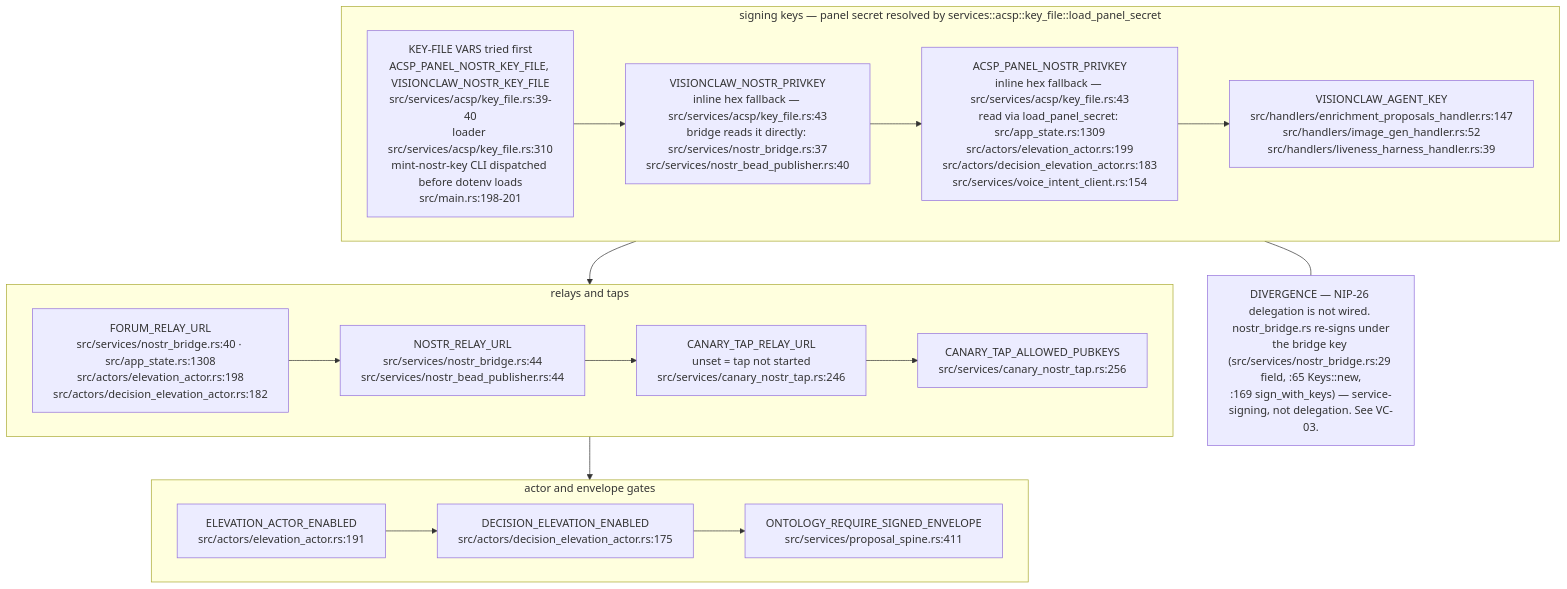
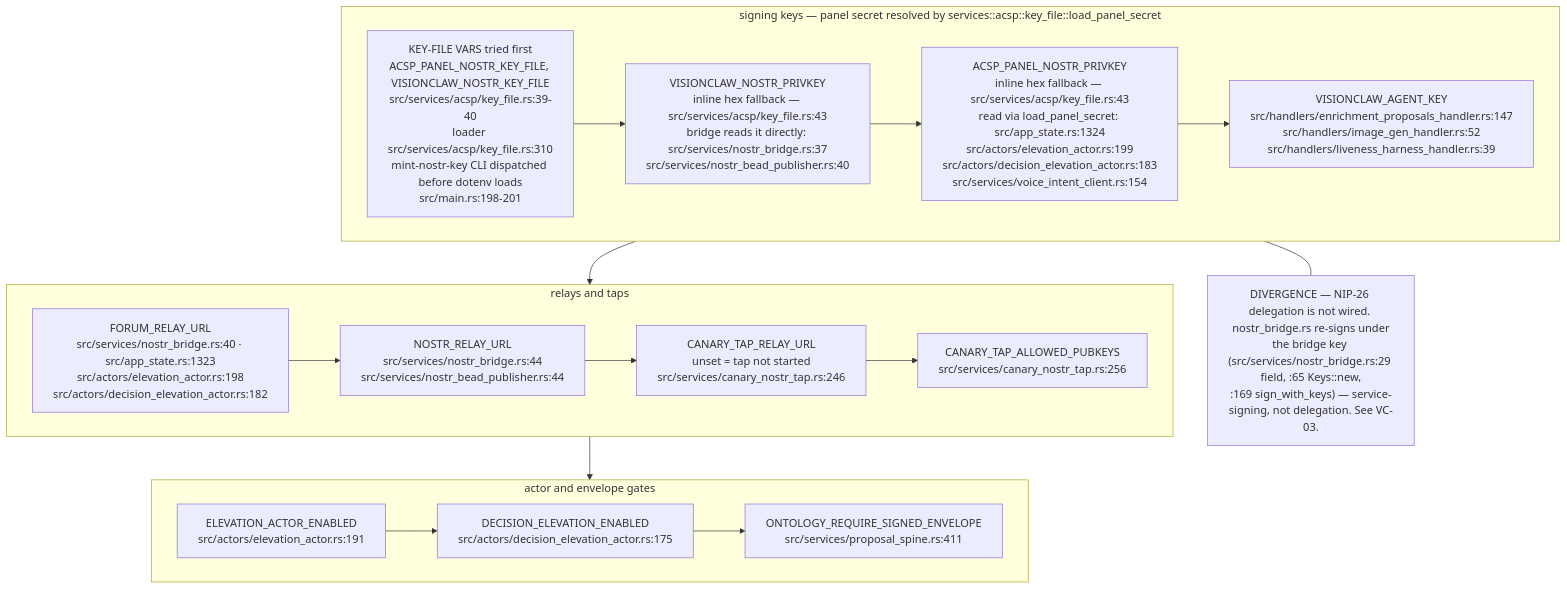
One commit to DreamLab-AI/VisionFlow changed the tenth of 16 diagrams in docs/diagrams/visionclaw/09-config-and-env-flags.md. Above: the diagram before and after it, drawn with Mermaid. The commit also changed other lines of this file and 173 other files, not shown here.

````diff
--- a/docs/diagrams/visionclaw/09-config-and-env-flags.md
+++ b/docs/diagrams/visionclaw/09-config-and-env-flags.md
@@ -437,15 +439,15 @@
 ```mermaid
 flowchart TB
     subgraph KEYS["signing keys — panel secret resolved by services::acsp::key_file::load_panel_secret"]
-        K0["KEY-FILE VARS tried first<br/>ACSP_PANEL_NOSTR_KEY_FILE, VISIONCLAW_NOSTR_KEY_FILE<br/>src/services/acsp/key_file.rs:39-40<br/>loader src/services/acsp/key_file.rs:310<br/>mint-nostr-key CLI dispatched before dotenv loads<br/>src/main.rs:198-201"] --> K1["VISIONCLAW_NOSTR_PRIVKEY<br/>inline hex fallback — src/services/acsp/key_file.rs:43<br/>bridge reads it directly: src/services/nostr_bridge.rs:37<br/>src/services/nostr_bead_publisher.rs:40"] --> K2["ACSP_PANEL_NOSTR_PRIVKEY<br/>inline hex fallback — src/services/acsp/key_file.rs:43<br/>read via load_panel_secret: src/app_state.rs:1309<br/>src/actors/elevation_actor.rs:199<br/>src/actors/decision_elevation_actor.rs:183<br/>src/services/voice_intent_client.rs:154"] --> K3["VISIONCLAW_AGENT_KEY<br/>src/handlers/enrichment_proposals_handler.rs:147<br/>src/handlers/image_gen_handler.rs:52<br/>src/handlers/liveness_harness_handler.rs:39"]
+        K0["KEY-FILE VARS tried first<br/>ACSP_PANEL_NOSTR_KEY_FILE, VISIONCLAW_NOSTR_KEY_FILE<br/>src/services/acsp/key_file.rs:39-40<br/>loader src/services/acsp/key_file.rs:310<br/>mint-nostr-key CLI dispatched before dotenv loads<br/>src/main.rs:198-201"] --> K1["VISIONCLAW_NOSTR_PRIVKEY<br/>inline hex fallback — src/services/acsp/key_file.rs:43<br/>bridge reads it directly: src/services/nostr_bridge.rs:37<br/>src/services/nostr_bead_publisher.rs:40"] --> K2["ACSP_PANEL_NOSTR_PRIVKEY<br/>inline hex fallback — src/services/acsp/key_file.rs:43<br/>read via load_panel_secret: src/app_state.rs:1324<br/>src/actors/elevation_actor.rs:199<br/>src/actors/decision_elevation_actor.rs:183<br/>src/services/voice_intent_client.rs:154"] --> K3["VISIONCLAW_AGENT_KEY<br/>src/handlers/enrichment_proposals_handler.rs:147<br/>src/handlers/image_gen_handler.rs:52<br/>src/handlers/liveness_harness_handler.rs:39"]
     end
     subgraph RELAYS["relays and taps"]
-        R1["FORUM_RELAY_URL<br/>src/services/nostr_bridge.rs:40 · src/app_state.rs:1308<br/>src/actors/elevation_actor.rs:198<br/>src/actors/decision_elevation_actor.rs:182"] --> R2["NOSTR_RELAY_URL<br/>src/services/nostr_bridge.rs:44<br/>src/services/nostr_bead_publisher.rs:44"] --> R3["CANARY_TAP_RELAY_URL<br/>unset = tap not started<br/>src/services/canary_nostr_tap.rs:246"] --> R4["CANARY_TAP_ALLOWED_PUBKEYS<br/>src/services/canary_nostr_tap.rs:256"]
+        R1["FORUM_RELAY_URL<br/>src/services/nostr_bridge.rs:40 · src/app_state.rs:1323<br/>src/actors/elevation_actor.rs:198<br/>src/actors/decision_elevation_actor.rs:182"] --> R2["NOSTR_RELAY_URL<br/>src/services/nostr_bridge.rs:44<br/>src/services/nostr_bead_publisher.rs:44"] --> R3["CANARY_TAP_RELAY_URL<br/>unset = tap not started<br/>src/services/canary_nostr_tap.rs:246"] --> R4["CANARY_TAP_ALLOWED_PUBKEYS<br/>src/services/canary_nostr_tap.rs:256"]
     end
     subgraph GATES["actor and envelope gates"]
         G1["ELEVATION_ACTOR_ENABLED<br/>src/actors/elevation_actor.rs:191"] --> G2["DECISION_ELEVATION_ENABLED<br/>src/actors/decision_elevation_actor.rs:175"] --> G3["ONTOLOGY_REQUIRE_SIGNED_ENVELOPE<br/>src/services/proposal_spine.rs:411"]
     end
     KEYS --> RELAYS --> GATES
     N3["DIVERGENCE — NIP-26 delegation is not wired. nostr_bridge.rs re-signs under<br/>the bridge key (src/services/nostr_bridge.rs:29 field, :65 Keys::new,<br/>:169 sign_with_keys) — service-signing, not delegation. See VC-03."]
     KEYS --- N3
 ```
````
